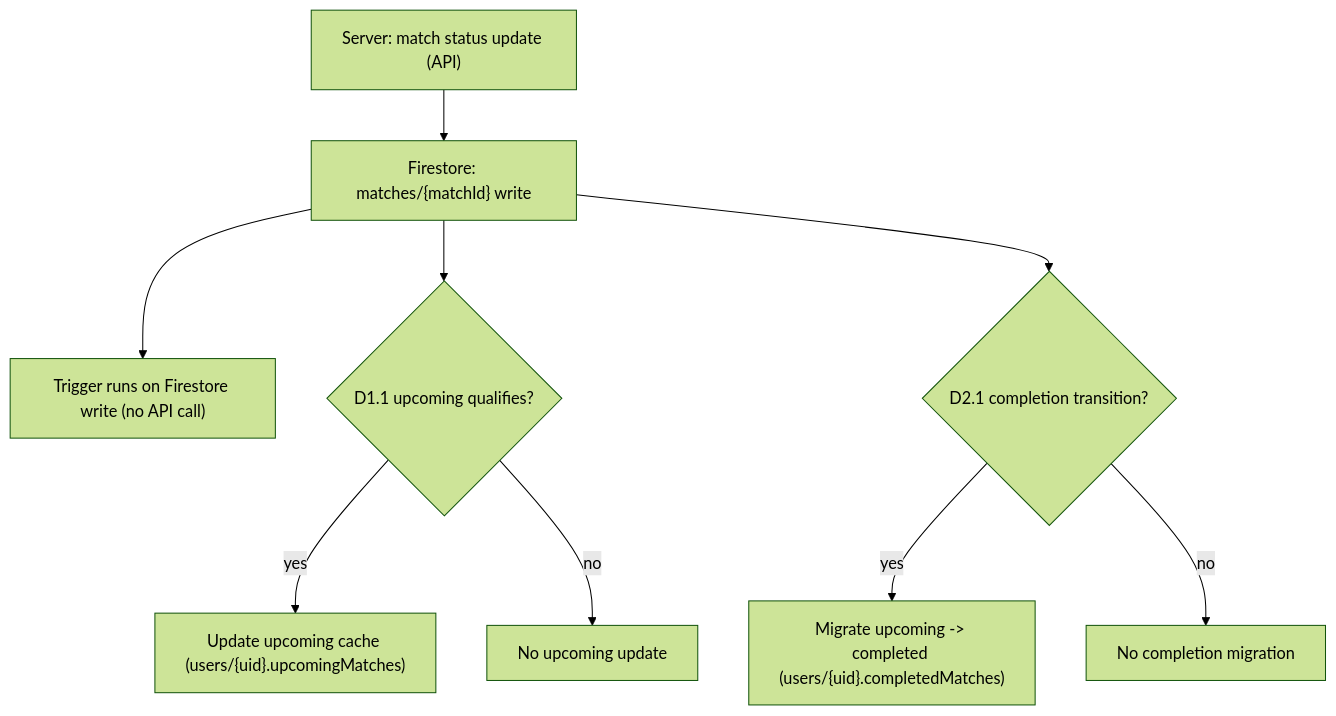
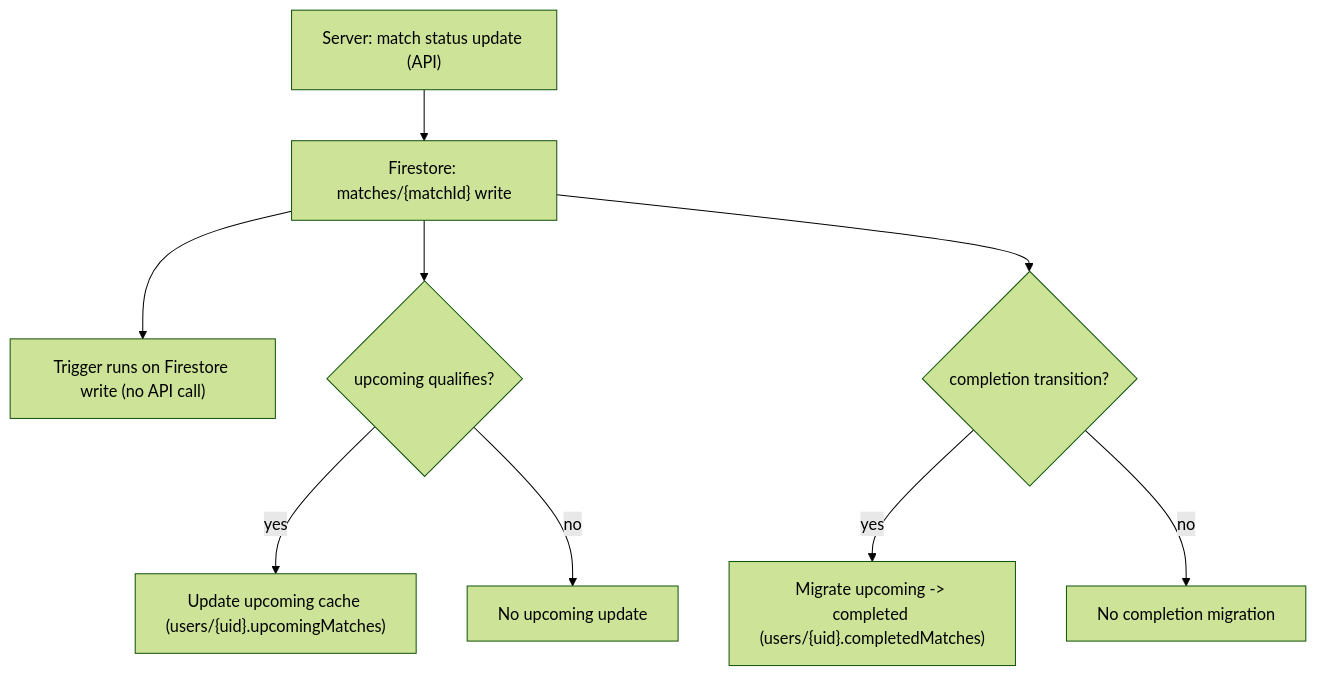
Before and after one commit to theta-ai-tech/gsm-api: the second of 2 diagrams in docs/architecture/match-lifecycle.md, drawn with Mermaid (forest theme). The commit also changed 6 other files, not shown here.

````diff
--- a/docs/architecture/match-lifecycle.md
+++ b/docs/architecture/match-lifecycle.md
@@ -16,11 +16,11 @@
 ```mermaid
 flowchart TD
     H["Server: match status update (API)"] --> A["Firestore: matches/{matchId} write"]
     A --> I["Trigger runs on Firestore write (no API call)"]
-    A --> B{D1.1 upcoming qualifies?}
+    A --> B{upcoming qualifies?}
     B -->|yes| C["Update upcoming cache (users/{uid}.upcomingMatches)"]
     B -->|no| D["No upcoming update"]
-    A --> E{D2.1 completion transition?}
+    A --> E{completion transition?}
     E -->|yes| F["Migrate upcoming -> completed (users/{uid}.completedMatches)"]
     E -->|no| G["No completion migration"]
 ```
````
